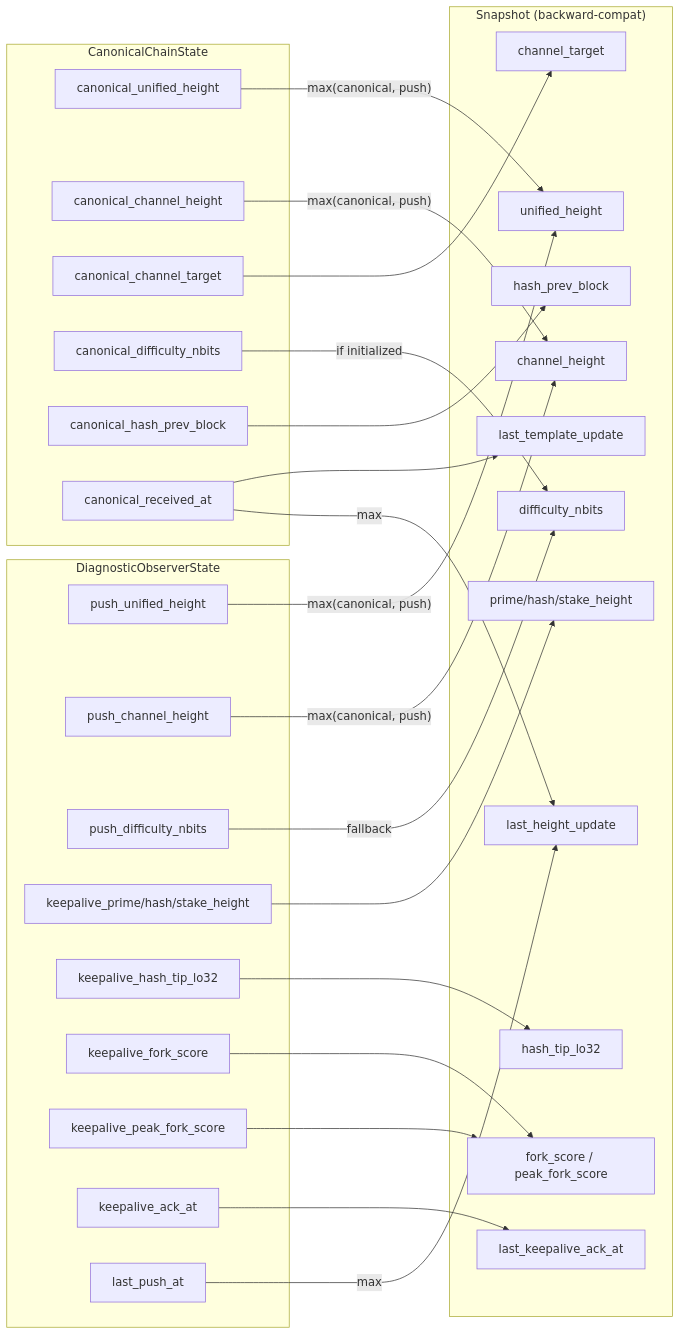
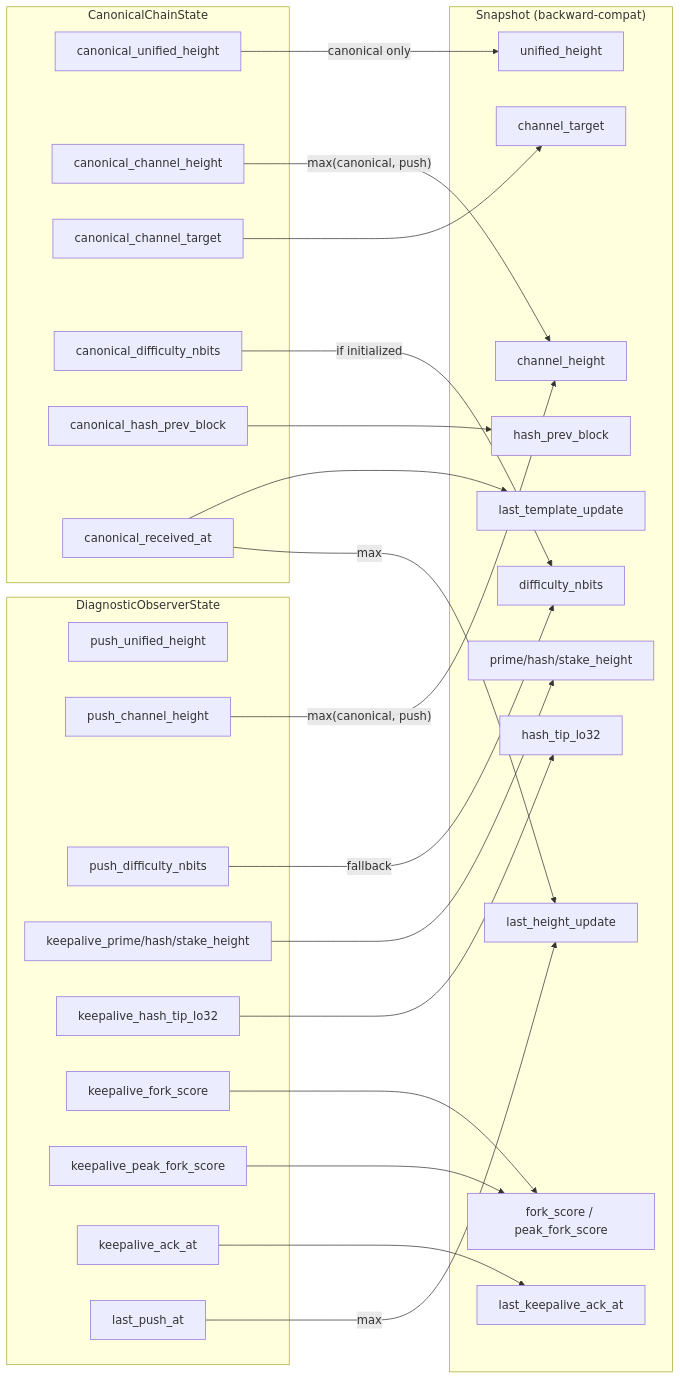
One commit to NamecoinGithub/NexusMiner changed the second of 6 diagrams in docs/diagrams/height-tracker-state-machine.md. Above: the diagram before and after it, drawn with Mermaid. The commit also changed other lines of this file and 8 other files, not shown here.

````diff
--- a/docs/diagrams/height-tracker-state-machine.md
+++ b/docs/diagrams/height-tracker-state-machine.md
@@ -57,54 +58,53 @@
 ```mermaid
 flowchart LR
     subgraph CAN["CanonicalChainState"]
         C1["canonical_unified_height"]
         C2["canonical_channel_height"]
         C3["canonical_channel_target"]
         C4["canonical_difficulty_nbits"]
         C5["canonical_hash_prev_block"]
         C6["canonical_received_at"]
     end
 
     subgraph DIAG["DiagnosticObserverState"]
         D1["push_unified_height"]
         D2["push_channel_height"]
         D3["push_difficulty_nbits"]
         D4["keepalive_prime/hash/stake_height"]
         D5["keepalive_hash_tip_lo32"]
         D6["keepalive_fork_score"]
         D7["keepalive_peak_fork_score"]
         D8["keepalive_ack_at"]
         D9["last_push_at"]
     end
 
     subgraph SNAP["Snapshot (backward-compat)"]
         S1["unified_height"]
         S2["channel_height"]
         S3["difficulty_nbits"]
         S4["channel_target"]
         S5["hash_prev_block"]
         S6["prime/hash/stake_height"]
         S7["hash_tip_lo32"]
         S8["fork_score / peak_fork_score"]
         S9["last_keepalive_ack_at"]
         S10["last_template_update"]
         S11["last_height_update"]
     end
 
-    C1 --> |"max(canonical, push)"| S1
-    D1 --> |"max(canonical, push)"| S1
+    C1 --> |"canonical only"| S1
     C2 --> |"max(canonical, push)"| S2
     D2 --> |"max(canonical, push)"| S2
     C4 --> |"if initialized"| S3
     D3 --> |"fallback"| S3
     C3 --> S4
     C5 --> S5
     D4 --> S6
     D5 --> S7
     D6 --> S8
     D7 --> S8
     D8 --> S9
     C6 --> S10
     C6 --> |"max"| S11
     D9 --> |"max"| S11
 ```
````
